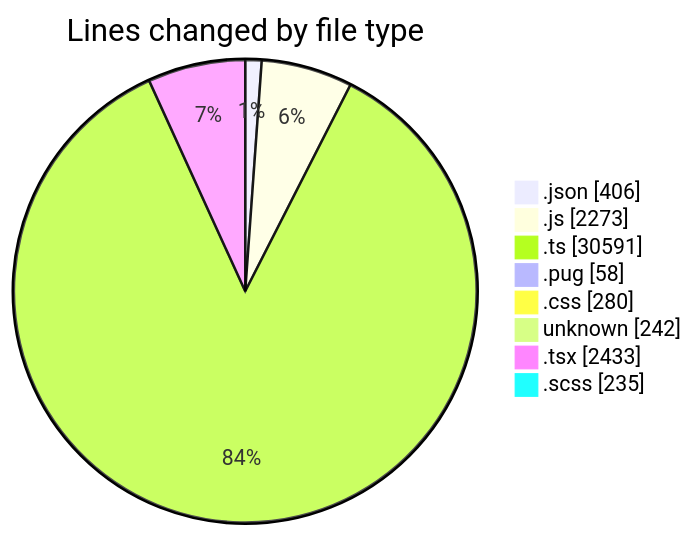
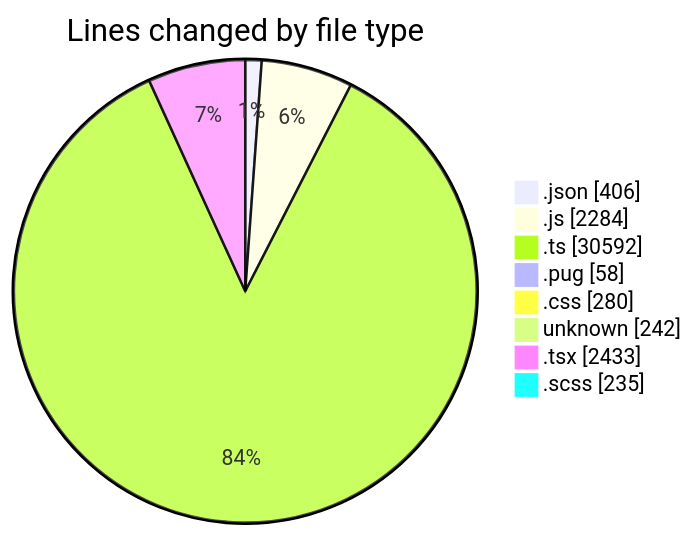
The first of 2 diagrams in 2026-06-02/cda/README.md (momahboobian/code-tracking), drawn with Mermaid before and after one commit. The commit also changed other lines of this file and 1 other file, not shown here.

````diff
--- a/2026-06-02/cda/README.md
+++ b/2026-06-02/cda/README.md
@@ -69,12 +69,12 @@
 ```mermaid
 pie showData
 title Lines changed by file type
 ".json" : 406
-".js" : 2273
-".ts" : 30591
+".js" : 2284
+".ts" : 30592
 ".pug" : 58
 ".css" : 280
 "unknown" : 242
 ".tsx" : 2433
 ".scss" : 235
 ```
````
